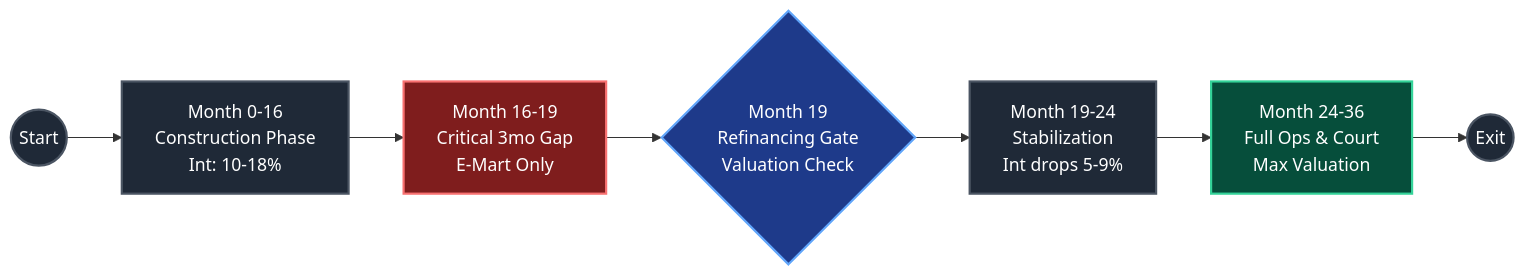
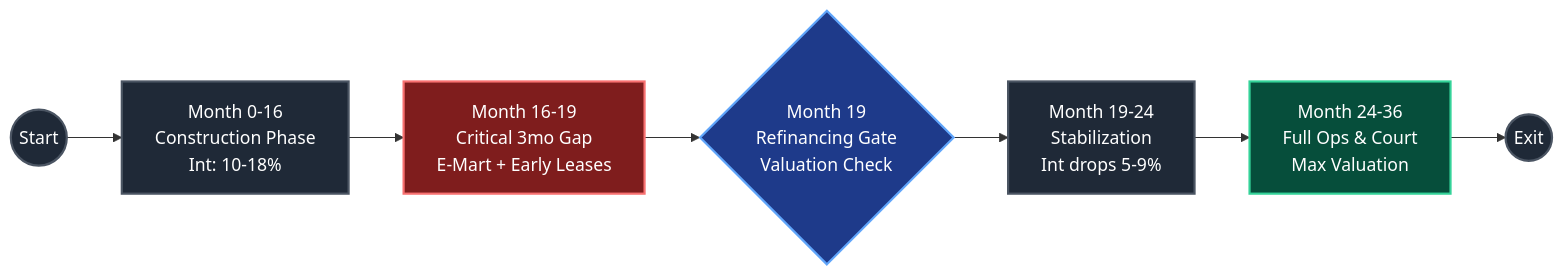
One commit to aestim/real-estate-pf-liquidity-risk changed the first of 2 diagrams in README.md. Above: the diagram before and after it, drawn with Mermaid. The commit also changed other lines of this file, not shown here.

````diff
--- a/README.md
+++ b/README.md
@@ -67,14 +67,14 @@
 ```mermaid
 flowchart LR
     classDef default fill:#1f2937,stroke:#4b5563,stroke-width:2px,color:#fff
     classDef danger fill:#7f1d1d,stroke:#f87171,stroke-width:2px,color:#fff
     classDef gate fill:#1e3a8a,stroke:#60a5fa,stroke-width:2px,color:#fff
     classDef success fill:#064e3b,stroke:#34d399,stroke-width:2px,color:#fff
 
     Start((Start)) --> Const[Month 0-16<br/>Construction Phase<br/>Int: 10-18%]
-    Const --> Gap[Month 16-19<br/>Critical 3mo Gap<br/>E-Mart Only]:::danger
+    Const --> Gap[Month 16-19<br/>Critical 3mo Gap<br/>E-Mart + Early Leases]:::danger
     Gap --> Refi{Month 19<br/>Refinancing Gate<br/>Valuation Check}:::gate
     Refi --> Stab[Month 19-24<br/>Stabilization<br/>Int drops 5-9%]
     Stab --> Ops[Month 24-36<br/>Full Ops & Court<br/>Max Valuation]:::success
     Ops --> Exit((Exit))
 ```
````
